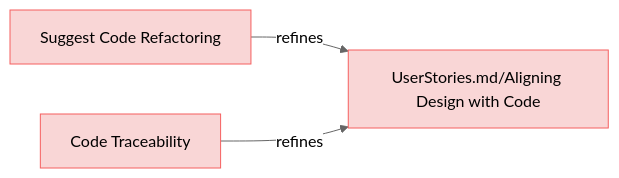
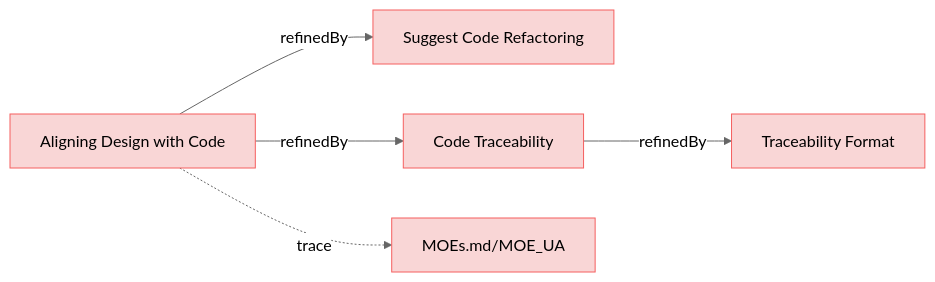
Before and after one commit to reqvire-org/reqvire: the second of 9 diagrams in specifications/UserRequirements.md, drawn with Mermaid (neutral theme). The commit also changed other lines of this file and 27 other files, not shown here.

Commit message:
Diagrams update.X

````diff
--- a/specifications/UserRequirements.md
+++ b/specifications/UserRequirements.md
@@ -47,20 +55,28 @@
 ```mermaid
 graph LR;
   %% Graph styling
   classDef requirement fill:#f9d6d6,stroke:#f55f5f,stroke-width:1px;
   classDef verification fill:#d6f9d6,stroke:#5fd75f,stroke-width:1px;
   classDef externalLink fill:#d0e0ff,stroke:#3080ff,stroke-width:1px;
   classDef default fill:#f5f5f5,stroke:#333333,stroke-width:1px;
 
   398641ced77f628c["Suggest Code Refactoring"];
   class 398641ced77f628c requirement;
   click 398641ced77f628c "UserRequirements.md#suggest-code-refactoring";
-  855a1b3061c7bcdd["UserStories.md/Aligning Design with Code"];
-  class 855a1b3061c7bcdd requirement;
-  click 855a1b3061c7bcdd "UserStories.md#aligning-design-with-code";
-  398641ced77f628c -->|refines| 855a1b3061c7bcdd;
   26ca72b617aff229["Code Traceability"];
   class 26ca72b617aff229 requirement;
   click 26ca72b617aff229 "UserRequirements.md#code-traceability";
-  26ca72b617aff229 -->|refines| 855a1b3061c7bcdd;
+  9314736a59776478["Traceability Format"];
+  class 9314736a59776478 requirement;
+  click 9314736a59776478 "CodeTraecabilityRequirements.md#traceability-format";
+  26ca72b617aff229 -->|refinedBy| 9314736a59776478;
+  855a1b3061c7bcdd["Aligning Design with Code"];
+  class 855a1b3061c7bcdd requirement;
+  click 855a1b3061c7bcdd "UserStories.md#aligning-design-with-code";
+  2c5f30f14e792200["MOEs.md/MOE_UA"];
+  class 2c5f30f14e792200 requirement;
+  click 2c5f30f14e792200 "MOEs.md#moe_ua";
+  855a1b3061c7bcdd -.->|trace| 2c5f30f14e792200;
+  855a1b3061c7bcdd -->|refinedBy| 398641ced77f628c;
+  855a1b3061c7bcdd -->|refinedBy| 26ca72b617aff229;
 ```
````
